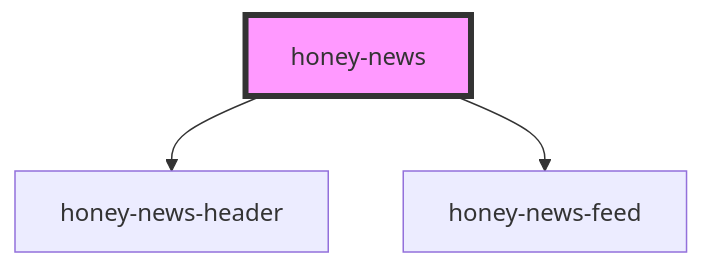
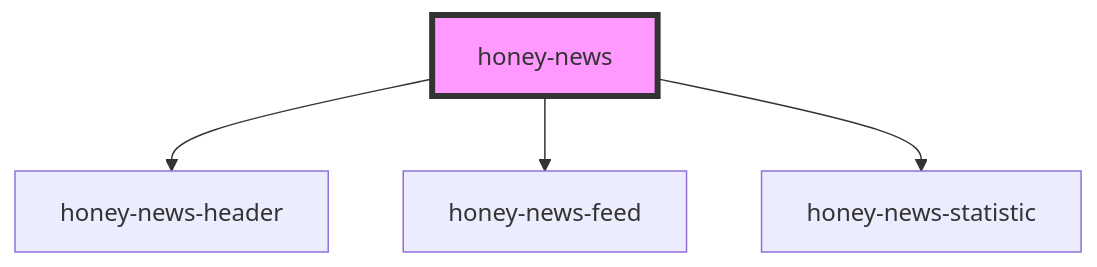
The diagram in src/components/honey-news/readme.md (Huluvu424242/huluvu424242.github.io), drawn with Mermaid before and after one commit. The commit also changed other lines of this file and 23 other files, not shown here.

````diff
--- a/src/components/honey-news/readme.md
+++ b/src/components/honey-news/readme.md
@@ -21,6 +22,7 @@
 ```mermaid
 graph TD;
   honey-news --> honey-news-header
   honey-news --> honey-news-feed
+  honey-news --> honey-news-statistic
   style honey-news fill:#f9f,stroke:#333,stroke-width:4px
 ```
````
